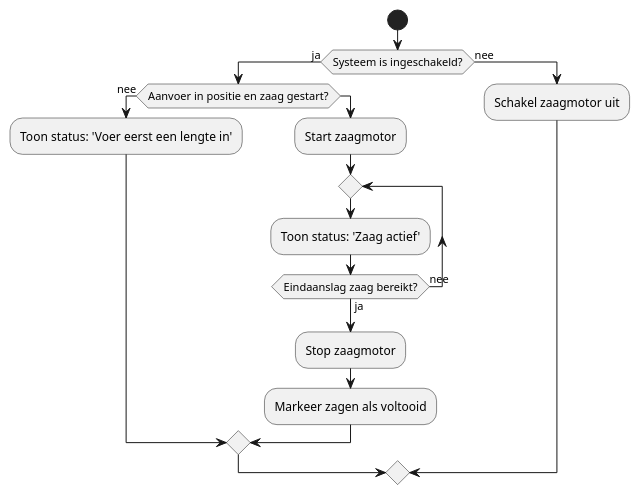
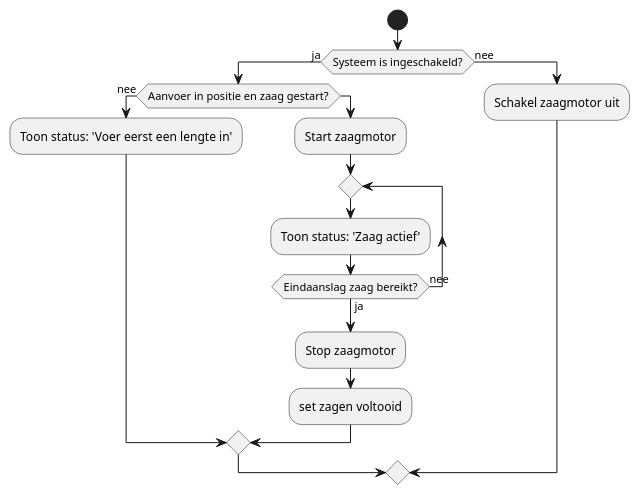
The first of 3 diagrams in src/chapter_1.md (MilanWichink/Individuele-eindopdracht), drawn with PlantUML before and after one commit. The commit also changed other lines of this file, not shown here.

Commit message:
Diagrammen van initialiseren gemaakt en andere diagrammen verbeterd.

````diff
--- a/src/chapter_1.md
+++ b/src/chapter_1.md
@@ -3,27 +5,25 @@
 ```plantuml
-
-
 
 @startuml Zagen
  
 start
 if (Systeem is ingeschakeld?) then (ja)
   
     if (Aanvoer in positie en zaag gestart?) then (nee)
         :Toon status: 'Voer eerst een lengte in';
     else
         :Start zaagmotor;
         repeat
             :Toon status: 'Zaag actief';
         repeat while (Eindaanslag zaag bereikt?) is (nee) not (ja)
             :Stop zaagmotor;
-            :Markeer zagen als voltooid;
+            :set zagen voltooid;
        
     endif
 
 else (nee)
     :Schakel zaagmotor uit;
 endif
 @enduml
 
 ```
````
